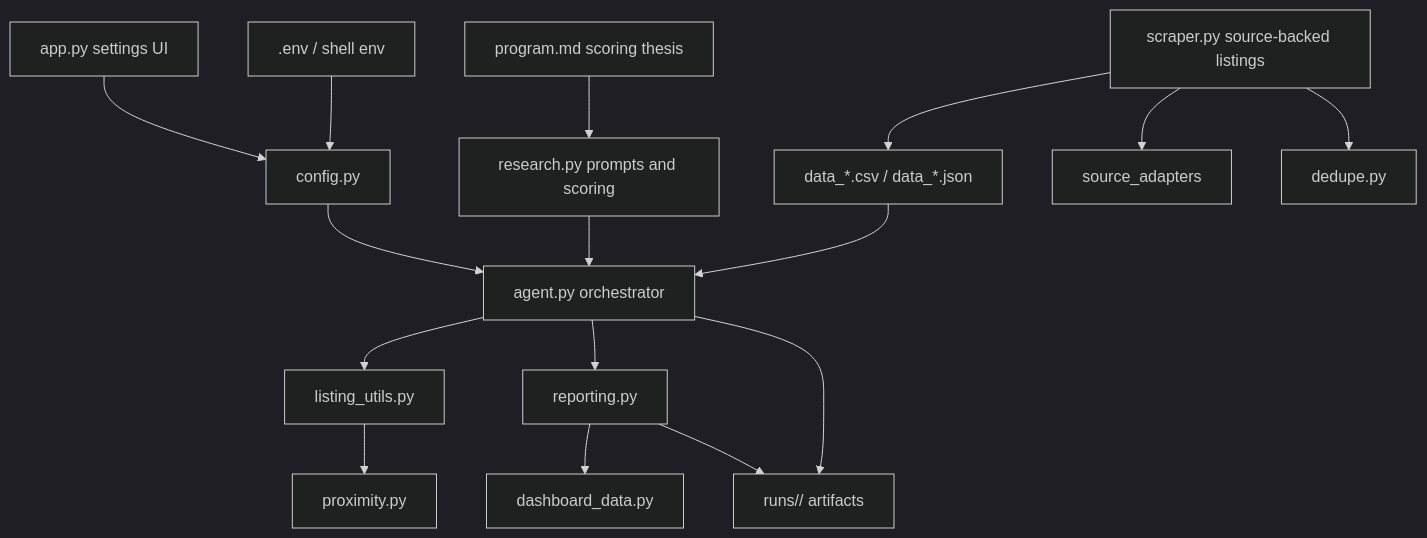
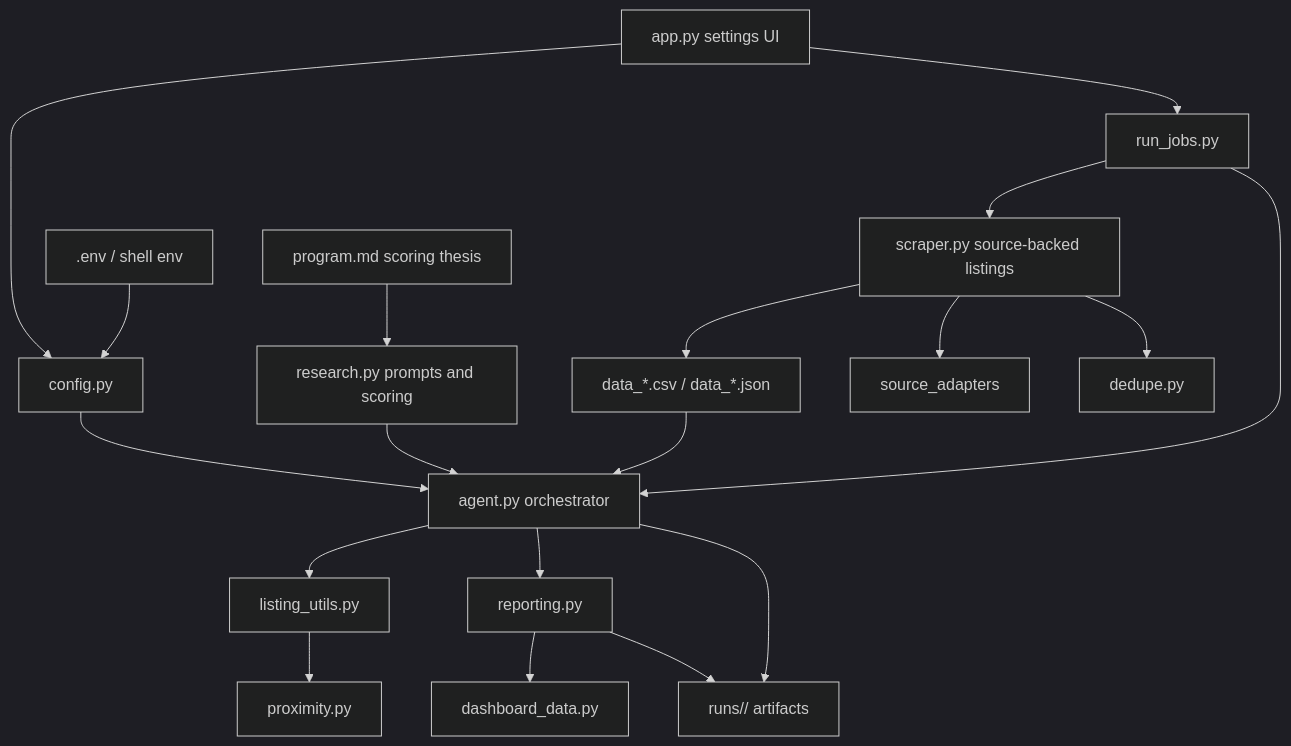
The diagram in docs/ARCHITECTURE.md (ndmx/autobiz), drawn with Mermaid (dark theme) before and after one commit. The commit also changed other lines of this file and 21 other files, not shown here.

````diff
--- a/docs/ARCHITECTURE.md
+++ b/docs/ARCHITECTURE.md
@@ -36,18 +37,21 @@
 ```mermaid
 flowchart TD
     Settings["app.py settings UI"] --> Config["config.py"]
+    Settings --> Jobs["run_jobs.py"]
+    Jobs --> Scraper
+    Jobs --> Agent
     Env[".env / shell env"] --> Config
     Program["program.md scoring thesis"] --> Research["research.py prompts and scoring"]
     Scraper["scraper.py source-backed listings"] --> Data["data_*.csv / data_*.json"]
     Scraper --> Adapters["source_adapters"]
     Scraper --> Dedupe["dedupe.py"]
     Data --> Agent["agent.py orchestrator"]
     Config --> Agent
     Research --> Agent
     Agent --> ListingUtils["listing_utils.py"]
     ListingUtils --> Proximity["proximity.py"]
     Agent --> Reporting["reporting.py"]
     Reporting --> DashboardData["dashboard_data.py"]
     Agent --> Runs["runs/<timestamp>/ artifacts"]
     Reporting --> Runs
 ```
````
